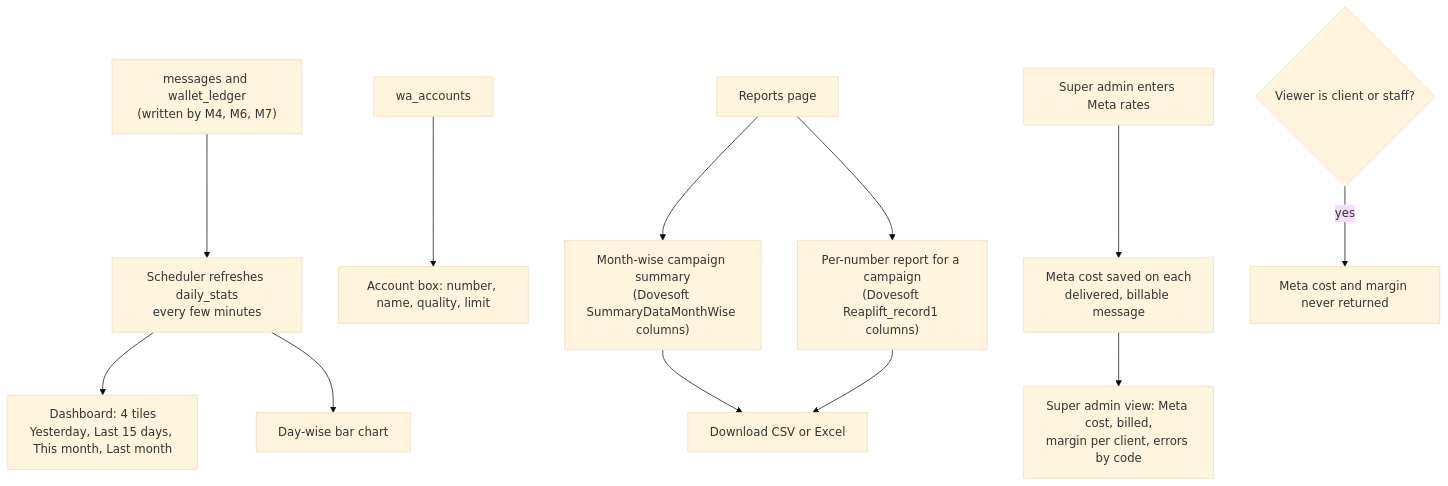
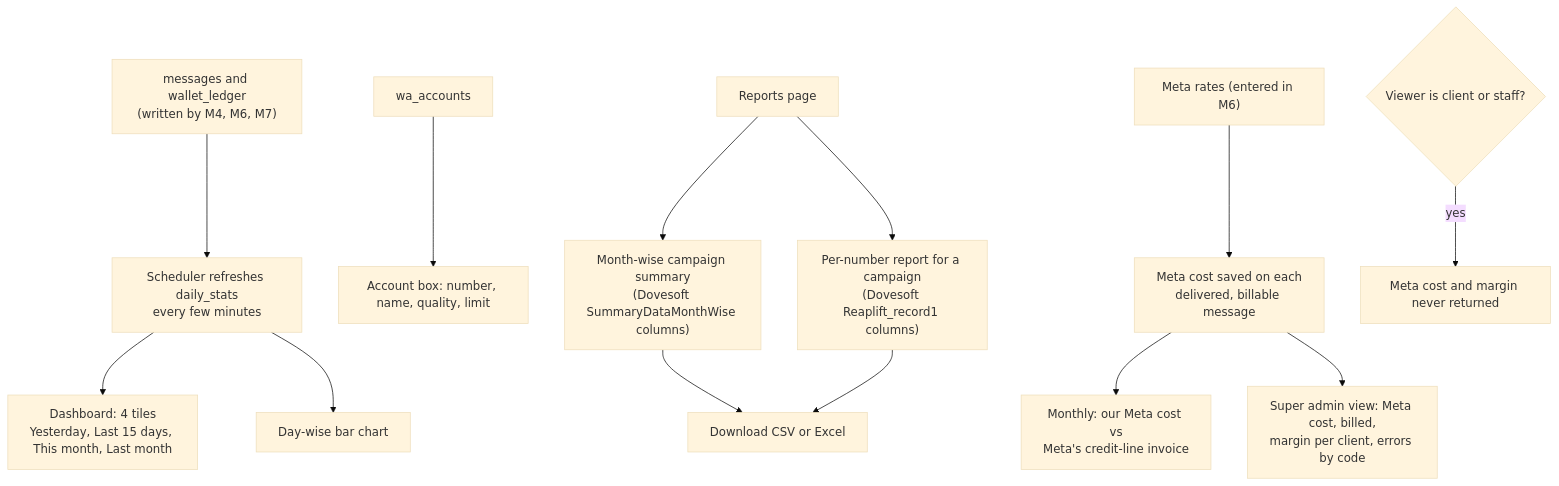
Before and after one commit to reaplift/reaplift-bsp: the diagram in docs/milestones/m9-reports/spec.md, drawn with Mermaid (base theme). The commit also changed other lines of this file and 6 other files, not shown here.

First line of the commit message:
docs: ReapLift as Solution Partner with its own credit line

````diff
--- a/docs/milestones/m9-reports/spec.md
+++ b/docs/milestones/m9-reports/spec.md
@@ -15,14 +15,15 @@
 ```mermaid
 flowchart TD
   A["messages and wallet_ledger<br/>(written by M4, M6, M7)"] --> B["Scheduler refreshes daily_stats<br/>every few minutes"]
   B --> C["Dashboard: 4 tiles<br/>Yesterday, Last 15 days, This month, Last month"]
   B --> D["Day-wise bar chart"]
   E["wa_accounts"] --> F["Account box: number, name, quality, limit"]
   G["Reports page"] --> H["Month-wise campaign summary<br/>(Dovesoft SummaryDataMonthWise columns)"]
   G --> I["Per-number report for a campaign<br/>(Dovesoft Reaplift_record1 columns)"]
   H --> J["Download CSV or Excel"]
   I --> J
-  K["Super admin enters Meta rates"] --> L["Meta cost saved on each<br/>delivered, billable message"]
+  K["Meta rates (entered in M6)"] --> L["Meta cost saved on each<br/>delivered, billable message"]
+  L --> R["Monthly: our Meta cost vs<br/>Meta's credit-line invoice"]
   L --> M["Super admin view: Meta cost, billed,<br/>margin per client, errors by code"]
   N{"Viewer is client or staff?"} -- "yes" --> O["Meta cost and margin never returned"]
 ```
````
